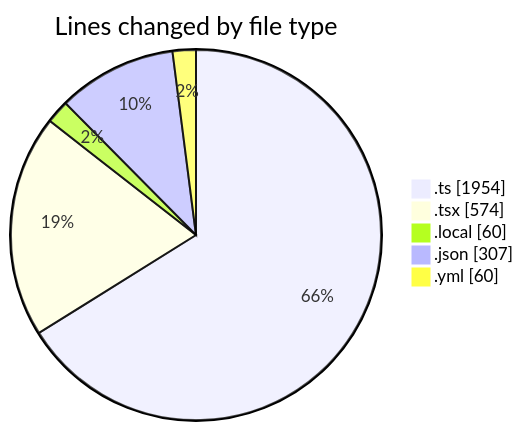
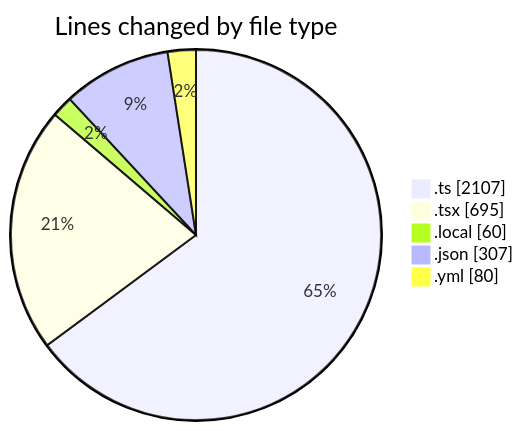
The first of 2 diagrams in 2025-11-26/eventscop-frontend-guide__workspace_/README.md (julien-gomy/code-tracking), drawn with Mermaid before and after one commit. The commit also changed other lines of this file and 1 other file, not shown here.

````diff
--- a/2025-11-26/eventscop-frontend-guide__workspace_/README.md
+++ b/2025-11-26/eventscop-frontend-guide__workspace_/README.md
@@ -33,9 +34,9 @@
 ```mermaid
 pie showData
 title Lines changed by file type
-".ts" : 1954
-".tsx" : 574
+".ts" : 2107
+".tsx" : 695
 ".local" : 60
 ".json" : 307
-".yml" : 60
+".yml" : 80
 ```
````
